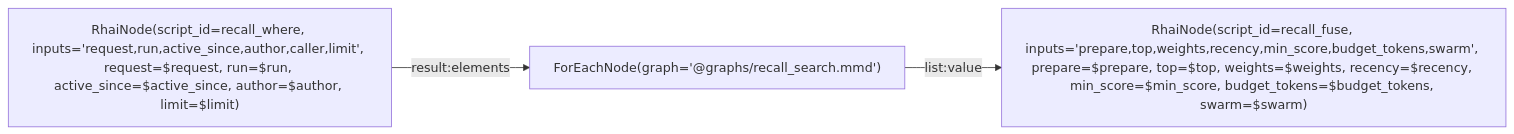
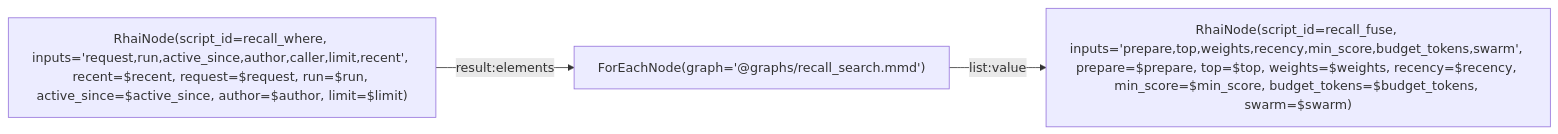
The diagram in extension/rag3weaver/templates/backends/memory/graphs/recall_for_request.mmd (L-Defraiteur/rag3db), drawn with Mermaid before and after one commit. The commit also changed 1 other file, not shown here.

Commit message:
fix(rag3weaver,memoire): recall_for_request passe recent à son premier nœud — un paramètre déclaré apparaît dans le graphe

```diff
--- a/extension/rag3weaver/templates/backends/memory/graphs/recall_for_request.mmd
+++ b/extension/rag3weaver/templates/backends/memory/graphs/recall_for_request.mmd
@@ -1,23 +1,23 @@
 %% tool: recall_for_request
 %% description: The automatic recall of a turn (the context policy of the code agent, 23 November 2026): for the request of the turn, searches the turns of the windows already summarised (before active_since, never a passage in clear), then the L1 apports, then the cards; fuses them by weighted rank (turns 1.0 × recency, apports 0.85 × recency, cards 0.7 by default) and renders the best passages in full as a block labelled « Rappel automatique », placed last in the context by the host; nothing under the threshold. prepare « direct »: the request as it is, no model call. Returns {block|null, mode, sources, degraded|null, swarm}.
 %% param: request string! -- The request of the turn, in full.
 %% param: run string = "" -- The run the turns of this conversation are filed under (« <task>:<parent> »); empty: no turn is searched.
 %% param: active_since string = "" -- The time (at) of the first line of the oldest window still in clear, ISO 8601: only the turns said before it are searched. Empty: no window is summarised yet, no turn is searched.
 %% param: recent json = [] -- The last lines of the conversation ({role, text, at, id}); read by the preparation (prepare « model »), not by « direct ».
 %% param: prepare string = "direct" -- « direct »: the request as it is, no model call. « model »: a small local model prepares the search (to come; until then the recall runs direct and says so in degraded).
 %% param: author string = "" -- Only what this author wrote: « me » (the agent this call is made for), an agent key, or « * » / empty for every author.
 %% param: swarm string = "" -- Only this swarm: « mine », a name, or « * » / empty. Accepted before the swarms exist: it filters nothing, and the answer says swarm null.
 %% param: top int = 2 -- How many passages are given in full.
 %% param: limit int = 10 -- How many hits each source gives to the fusion.
 %% param: weights json = {"turns": 1.0, "apports": 0.85, "cards": 0.7} -- The weight of each source in the fusion.
 %% param: recency json = {"turns": 0.15, "apports": 0.1} -- How fast a hit loses weight with its age among the hits of its source (0: no decay).
 %% param: min_score float = 0.0 -- A hit whose own search score is under it is not recalled (no recall to fill).
 %% param: budget_tokens int = 1500 -- The bound of the block, about 4 characters per token, shared by its passages.
 %% result: fuse.result
 
 graph LR
-    where["RhaiNode(script_id=recall_where, inputs='request,run,active_since,author,caller,limit', request=$request, run=$run, active_since=$active_since, author=$author, limit=$limit)"]
+    where["RhaiNode(script_id=recall_where, inputs='request,run,active_since,author,caller,limit,recent', recent=$recent, request=$request, run=$run, active_since=$active_since, author=$author, limit=$limit)"]
     search["ForEachNode(graph='@graphs/recall_search.mmd')"]
     fuse["RhaiNode(script_id=recall_fuse, inputs='prepare,top,weights,recency,min_score,budget_tokens,swarm', prepare=$prepare, top=$top, weights=$weights, recency=$recency, min_score=$min_score, budget_tokens=$budget_tokens, swarm=$swarm)"]
     where -->|result:elements| search
     search -->|list:value| fuse
```
